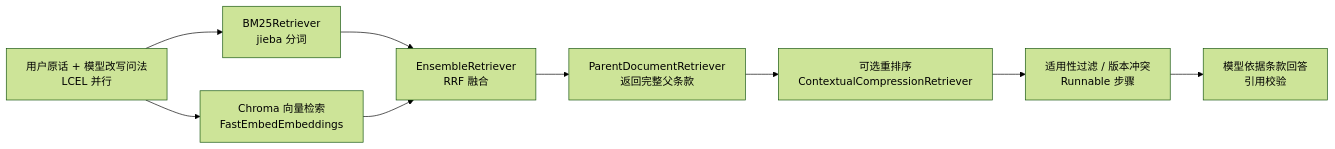
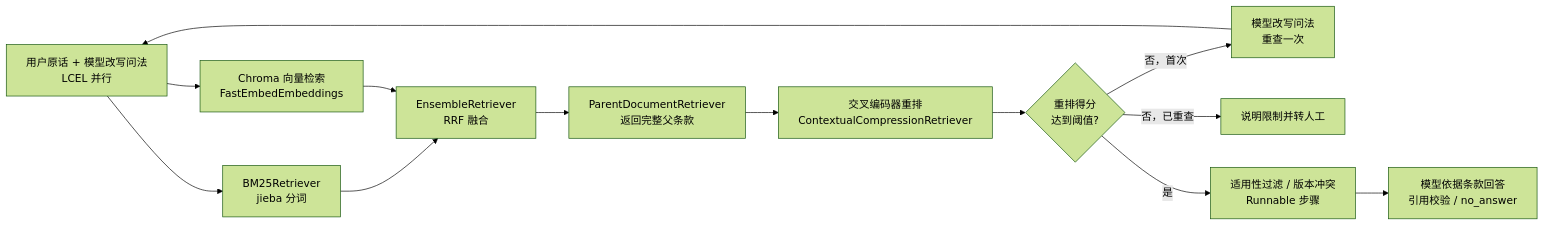
Before and after one commit to JohnDeoW/after-sales-agent: the second of 2 diagrams in PROJECT_DESIGN.md, drawn with Mermaid (forest theme). The commit also changed other lines of this file and 14 other files, not shown here.

````diff
--- a/PROJECT_DESIGN.md
+++ b/PROJECT_DESIGN.md
@@ -171,11 +209,14 @@
 ```mermaid
 flowchart LR
     Q[用户原话 + 模型改写问法<br/>LCEL 并行] --> BM[BM25Retriever<br/>jieba 分词]
     Q --> VE[Chroma 向量检索<br/>FastEmbedEmbeddings]
     BM --> EN[EnsembleRetriever<br/>RRF 融合]
     VE --> EN
     EN --> PD[ParentDocumentRetriever<br/>返回完整父条款]
-    PD --> RR[可选重排序<br/>ContextualCompressionRetriever]
-    RR --> AF[适用性过滤 / 版本冲突<br/>Runnable 步骤]
-    AF --> G[模型依据条款回答<br/>引用校验]
+    PD --> RR[交叉编码器重排<br/>ContextualCompressionRetriever]
+    RR --> TH{重排得分<br/>达到阈值?}
+    TH -- 否，首次 --> RW[模型改写问法<br/>重查一次] --> Q
+    TH -- 否，已重查 --> HO[说明限制并转人工]
+    TH -- 是 --> AF[适用性过滤 / 版本冲突<br/>Runnable 步骤]
+    AF --> G[模型依据条款回答<br/>引用校验 / no_answer]
 ```
````
